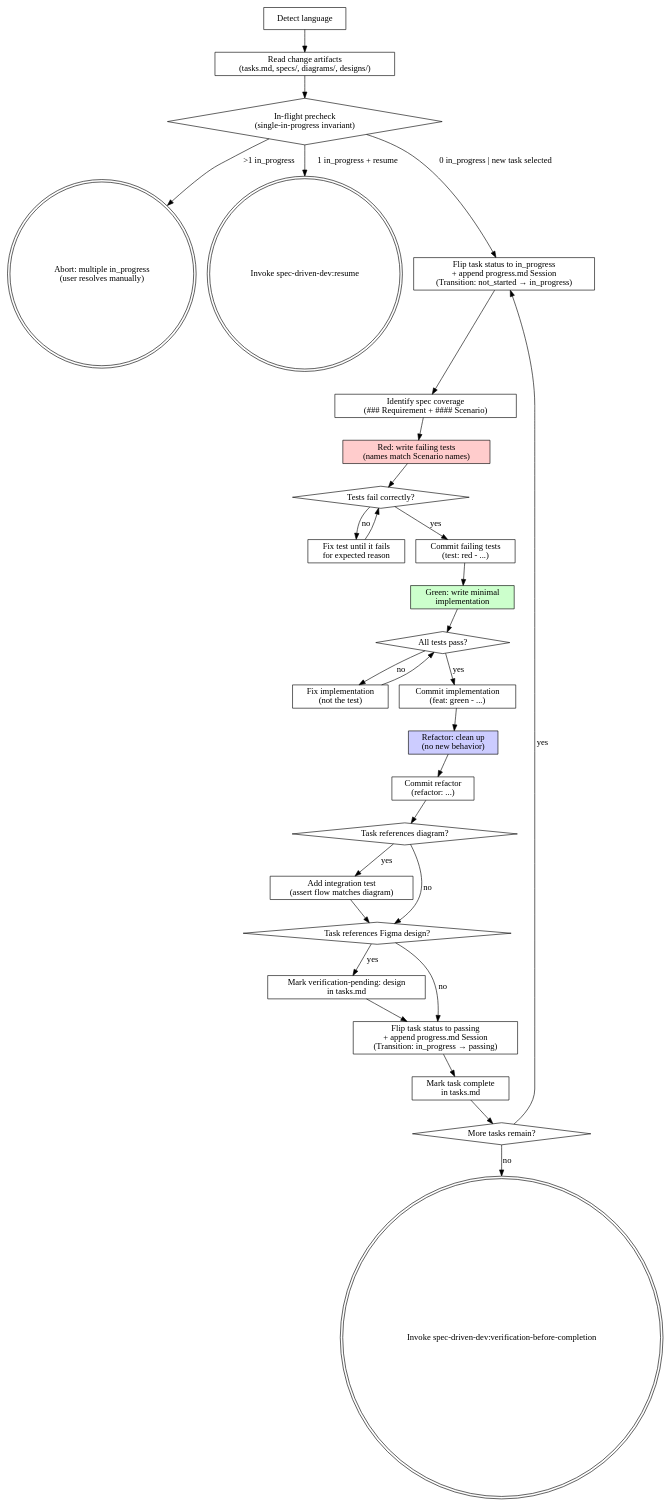
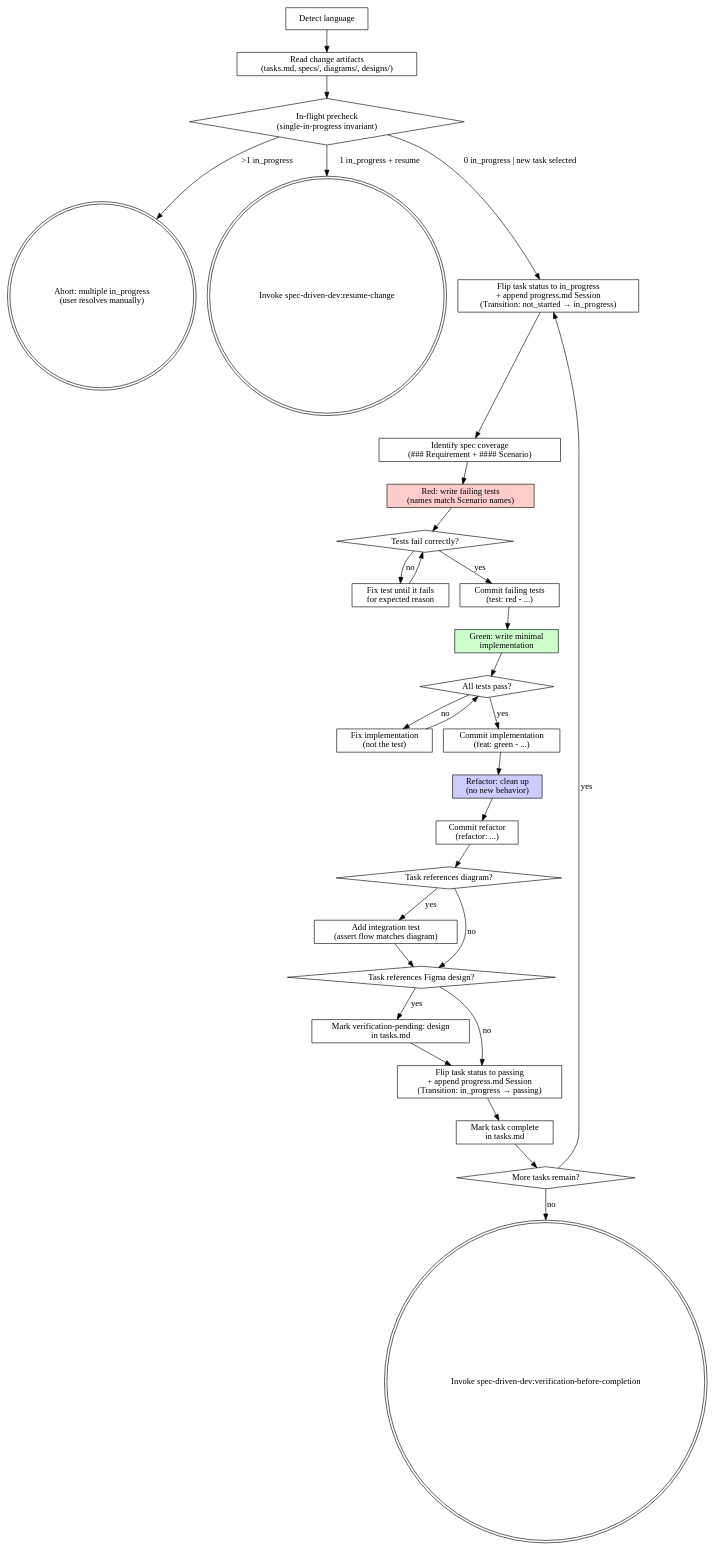
Before and after one commit to BIBIOTA/yuki-marketplace: the diagram in plugins/spec-driven-dev/skills/test-driven-development/SKILL.md, drawn with Graphviz. The commit also changed other lines of this file and 7 other files, not shown here.

````diff
--- a/plugins/spec-driven-dev/skills/test-driven-development/SKILL.md
+++ b/plugins/spec-driven-dev/skills/test-driven-development/SKILL.md
@@ -57,61 +57,61 @@
 ```dot
 digraph test_driven_development {
     rankdir=TB;
 
     "Detect language" [shape=box];
     "Read change artifacts\n(tasks.md, specs/, diagrams/, designs/)" [shape=box];
     "In-flight precheck\n(single-in-progress invariant)" [shape=diamond];
     "Abort: multiple in_progress\n(user resolves manually)" [shape=doublecircle];
-    "Invoke spec-driven-dev:resume" [shape=doublecircle];
+    "Invoke spec-driven-dev:resume-change" [shape=doublecircle];
     "Flip task status to in_progress\n+ append progress.md Session\n(Transition: not_started → in_progress)" [shape=box];
     "Identify spec coverage\n(### Requirement + #### Scenario)" [shape=box];
     "Red: write failing tests\n(names match Scenario names)" [shape=box, style=filled, fillcolor="#ffcccc"];
     "Tests fail correctly?" [shape=diamond];
     "Fix test until it fails\nfor expected reason" [shape=box];
     "Commit failing tests\n(test: red - ...)" [shape=box];
     "Green: write minimal\nimplementation" [shape=box, style=filled, fillcolor="#ccffcc"];
     "All tests pass?" [shape=diamond];
     "Fix implementation\n(not the test)" [shape=box];
     "Commit implementation\n(feat: green - ...)" [shape=box];
     "Refactor: clean up\n(no new behavior)" [shape=box, style=filled, fillcolor="#ccccff"];
     "Commit refactor\n(refactor: ...)" [shape=box];
     "Task references diagram?" [shape=diamond];
     "Add integration test\n(assert flow matches diagram)" [shape=box];
     "Task references Figma design?" [shape=diamond];
     "Mark verification-pending: design\nin tasks.md" [shape=box];
     "Flip task status to passing\n+ append progress.md Session\n(Transition: in_progress → passing)" [shape=box];
     "Mark task complete\nin tasks.md" [shape=box];
     "More tasks remain?" [shape=diamond];
     "Invoke spec-driven-dev:verification-before-completion" [shape=doublecircle];
 
     "Detect language" -> "Read change artifacts\n(tasks.md, specs/, diagrams/, designs/)";
     "Read change artifacts\n(tasks.md, specs/, diagrams/, designs/)" -> "In-flight precheck\n(single-in-progress invariant)";
     "In-flight precheck\n(single-in-progress invariant)" -> "Abort: multiple in_progress\n(user resolves manually)" [label=">1 in_progress"];
-    "In-flight precheck\n(single-in-progress invariant)" -> "Invoke spec-driven-dev:resume" [label="1 in_progress + resume"];
+    "In-flight precheck\n(single-in-progress invariant)" -> "Invoke spec-driven-dev:resume-change" [label="1 in_progress + resume"];
     "In-flight precheck\n(single-in-progress invariant)" -> "Flip task status to in_progress\n+ append progress.md Session\n(Transition: not_started → in_progress)" [label="0 in_progress | new task selected"];
     "Flip task status to in_progress\n+ append progress.md Session\n(Transition: not_started → in_progress)" -> "Identify spec coverage\n(### Requirement + #### Scenario)";
     "Identify spec coverage\n(### Requirement + #### Scenario)" -> "Red: write failing tests\n(names match Scenario names)";
     "Red: write failing tests\n(names match Scenario names)" -> "Tests fail correctly?";
     "Tests fail correctly?" -> "Fix test until it fails\nfor expected reason" [label="no"];
     "Fix test until it fails\nfor expected reason" -> "Tests fail correctly?";
     "Tests fail correctly?" -> "Commit failing tests\n(test: red - ...)" [label="yes"];
     "Commit failing tests\n(test: red - ...)" -> "Green: write minimal\nimplementation";
     "Green: write minimal\nimplementation" -> "All tests pass?";
     "All tests pass?" -> "Fix implementation\n(not the test)" [label="no"];
     "Fix implementation\n(not the test)" -> "All tests pass?";
     "All tests pass?" -> "Commit implementation\n(feat: green - ...)" [label="yes"];
     "Commit implementation\n(feat: green - ...)" -> "Refactor: clean up\n(no new behavior)";
     "Refactor: clean up\n(no new behavior)" -> "Commit refactor\n(refactor: ...)";
     "Commit refactor\n(refactor: ...)" -> "Task references diagram?";
     "Task references diagram?" -> "Add integration test\n(assert flow matches diagram)" [label="yes"];
     "Add integration test\n(assert flow matches diagram)" -> "Task references Figma design?";
     "Task references diagram?" -> "Task references Figma design?" [label="no"];
     "Task references Figma design?" -> "Mark verification-pending: design\nin tasks.md" [label="yes"];
     "Mark verification-pending: design\nin tasks.md" -> "Flip task status to passing\n+ append progress.md Session\n(Transition: in_progress → passing)";
     "Task references Figma design?" -> "Flip task status to passing\n+ append progress.md Session\n(Transition: in_progress → passing)" [label="no"];
     "Flip task status to passing\n+ append progress.md Session\n(Transition: in_progress → passing)" -> "Mark task complete\nin tasks.md";
     "Mark task complete\nin tasks.md" -> "More tasks remain?";
     "More tasks remain?" -> "Flip task status to in_progress\n+ append progress.md Session\n(Transition: not_started → in_progress)" [label="yes"];
     "More tasks remain?" -> "Invoke spec-driven-dev:verification-before-completion" [label="no"];
 }
 ```
````
